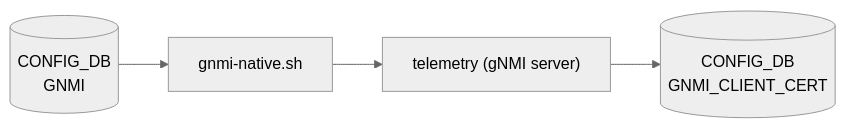
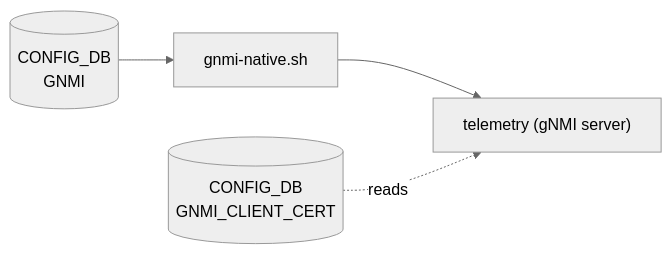
Before and after one commit to aoki-taquan/sonic-unofficial-docs: the diagram in docs/reference/config-db/gnmi.md, drawn with Mermaid (neutral theme). The commit also changed 19 other files, not shown here.

````diff
--- a/docs/reference/config-db/gnmi.md
+++ b/docs/reference/config-db/gnmi.md
@@ -46,10 +46,10 @@
 ```mermaid
 flowchart LR
   CDB[("CONFIG_DB<br/>GNMI")]
   SH["gnmi-native.sh"]
   SRV["telemetry (gNMI server)"]
   CDB --> SH
   SH --> SRV
   CDB2[("CONFIG_DB<br/>GNMI_CLIENT_CERT")]
-  SRV --> CDB2
+  CDB2 -. reads .-> SRV
 ```
````
